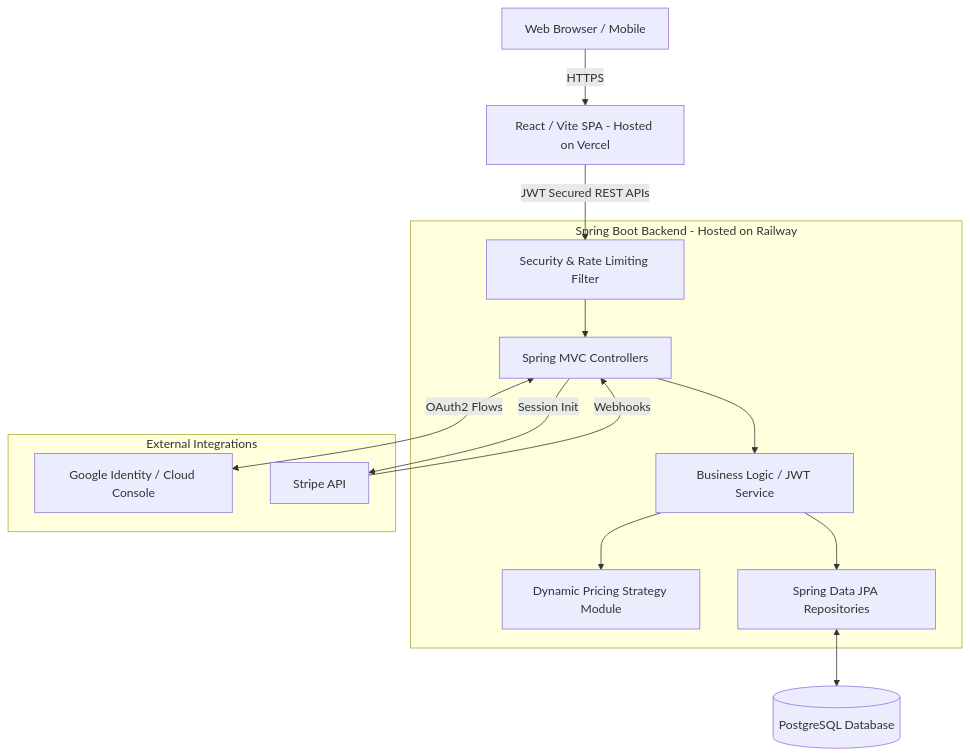
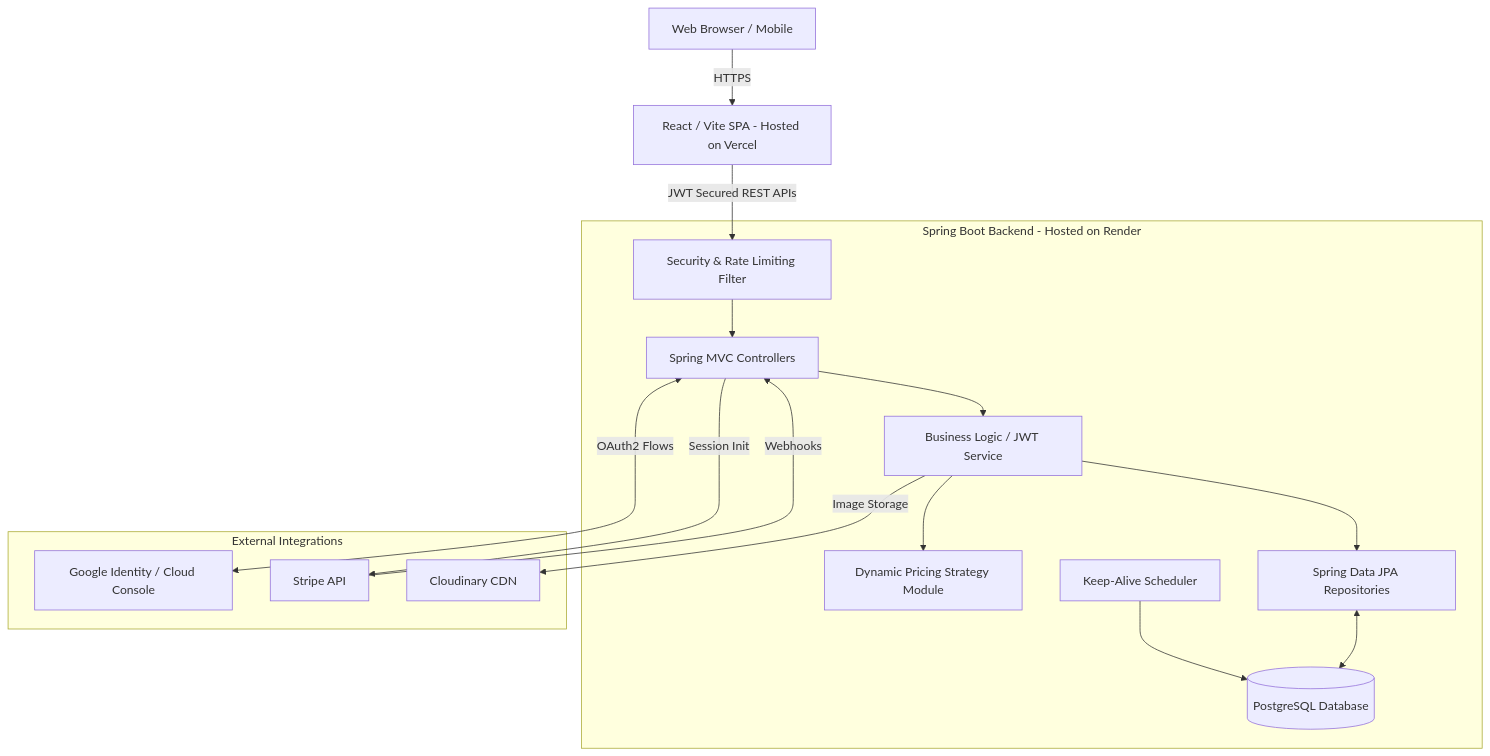
One commit to nims-creation/StaySoul changed the diagram in README.md. Above: the diagram before and after it, drawn with Mermaid. The commit also changed other lines of this file and 1 other file, not shown here.

Commit message:
Fix: revert Cloudinary preset to ml_default, update README with live URLs and Swagger link

````diff
--- a/README.md
+++ b/README.md
@@ -44,20 +61,22 @@
 ```mermaid
 graph TD;
     Client[Web Browser / Mobile] -->|HTTPS| Frontend[React / Vite SPA - Hosted on Vercel]
     Frontend -->|JWT Secured REST APIs| API_Filter[Security & Rate Limiting Filter]
     
-    subgraph Backend[Spring Boot Backend - Hosted on Railway]
+    subgraph Backend[Spring Boot Backend - Hosted on Render]
         API_Filter --> Controllers[Spring MVC Controllers]
         Controllers --> Services[Business Logic / JWT Service]
         Services --> Pricing[Dynamic Pricing Strategy Module]
         Services --> Repositories[Spring Data JPA Repositories]
+        Scheduler[Keep-Alive Scheduler] --> DB
     end
 
     Repositories <--> DB[(PostgreSQL Database)]
 
     subgraph External[External Integrations]
         Controllers <-->|OAuth2 Flows| Google[Google Identity / Cloud Console]
         Controllers -->|Session Init| Stripe[Stripe API]
-        Stripe -->|Webhooks| Controllers 
+        Stripe -->|Webhooks| Controllers
+        Services -->|Image Storage| Cloudinary[Cloudinary CDN]
     end
 ```
````
